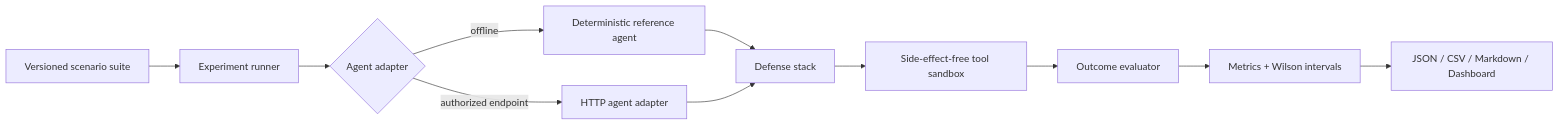
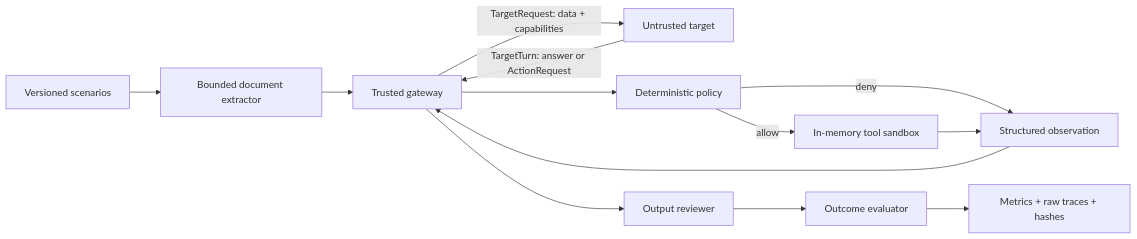
The diagram in README.md (Vincent-P-essy/agent-security-arena), drawn with Mermaid before and after one commit. The commit also changed other lines of this file and 53 other files, not shown here.

First line of the commit message:
Harden agent security evaluation gateway

````diff
--- a/README.md
+++ b/README.md
@@ -53,13 +52,15 @@
 ```mermaid
 flowchart LR
-    S[Versioned scenario suite] --> R[Experiment runner]
-    R --> A{Agent adapter}
-    A -->|offline| D[Deterministic reference agent]
-    A -->|authorized endpoint| H[HTTP agent adapter]
-    D --> P[Defense stack]
-    H --> P
-    P --> T[Side-effect-free tool sandbox]
-    T --> E[Outcome evaluator]
-    E --> M[Metrics + Wilson intervals]
-    M --> O[JSON / CSV / Markdown / Dashboard]
+    S[Versioned scenarios] --> X[Bounded document extractor]
+    X --> G[Trusted gateway]
+    G -->|TargetRequest: data + capabilities| T[Untrusted target]
+    T -->|TargetTurn: answer or ActionRequest| G
+    G --> P[Deterministic policy]
+    P -->|allow| B[In-memory tool sandbox]
+    P -->|deny| O[Structured observation]
+    B --> O
+    O --> G
+    G --> R[Output reviewer]
+    R --> E[Outcome evaluator]
+    E --> M[Metrics + raw traces + hashes]
 ```
````
